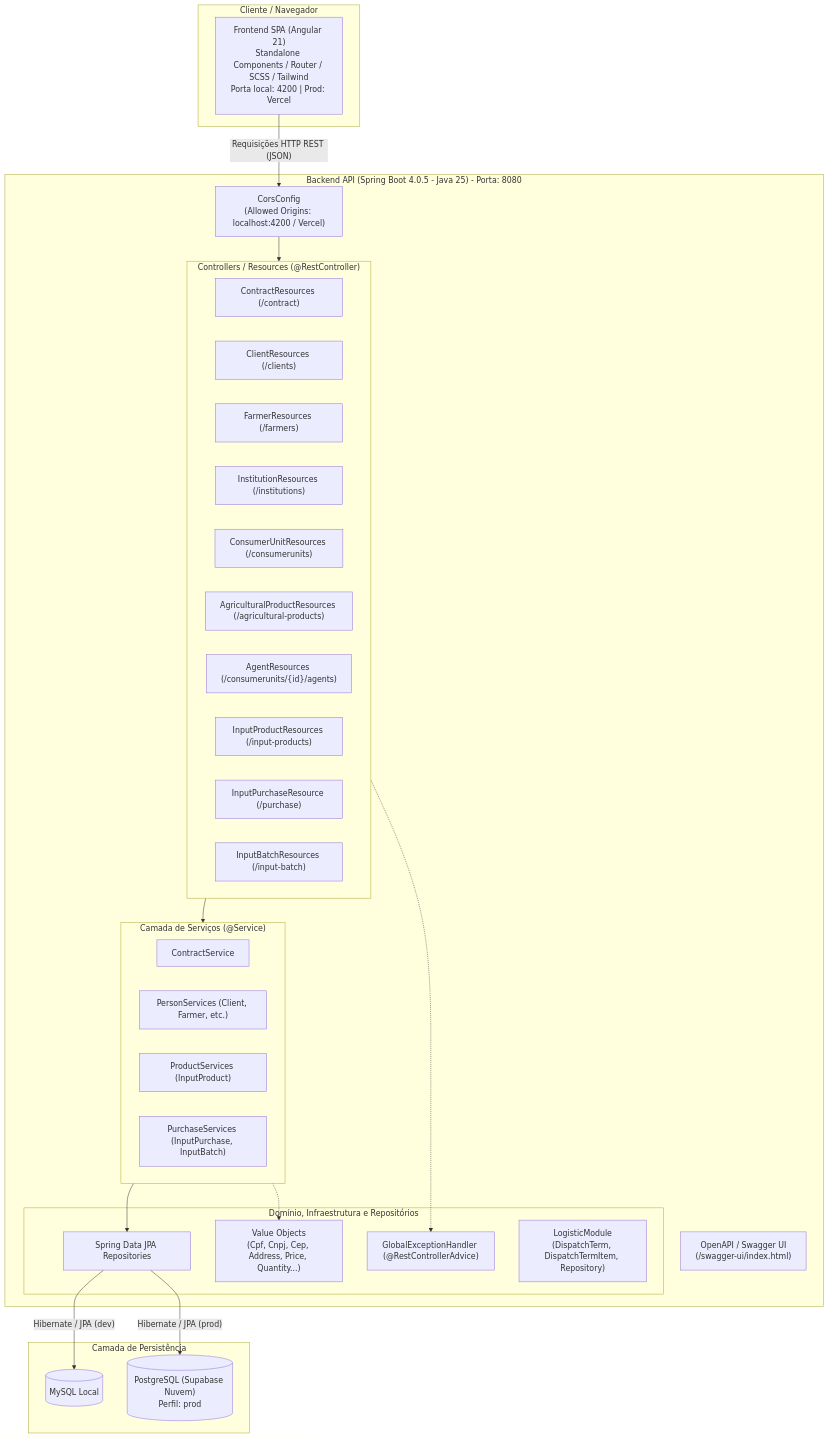
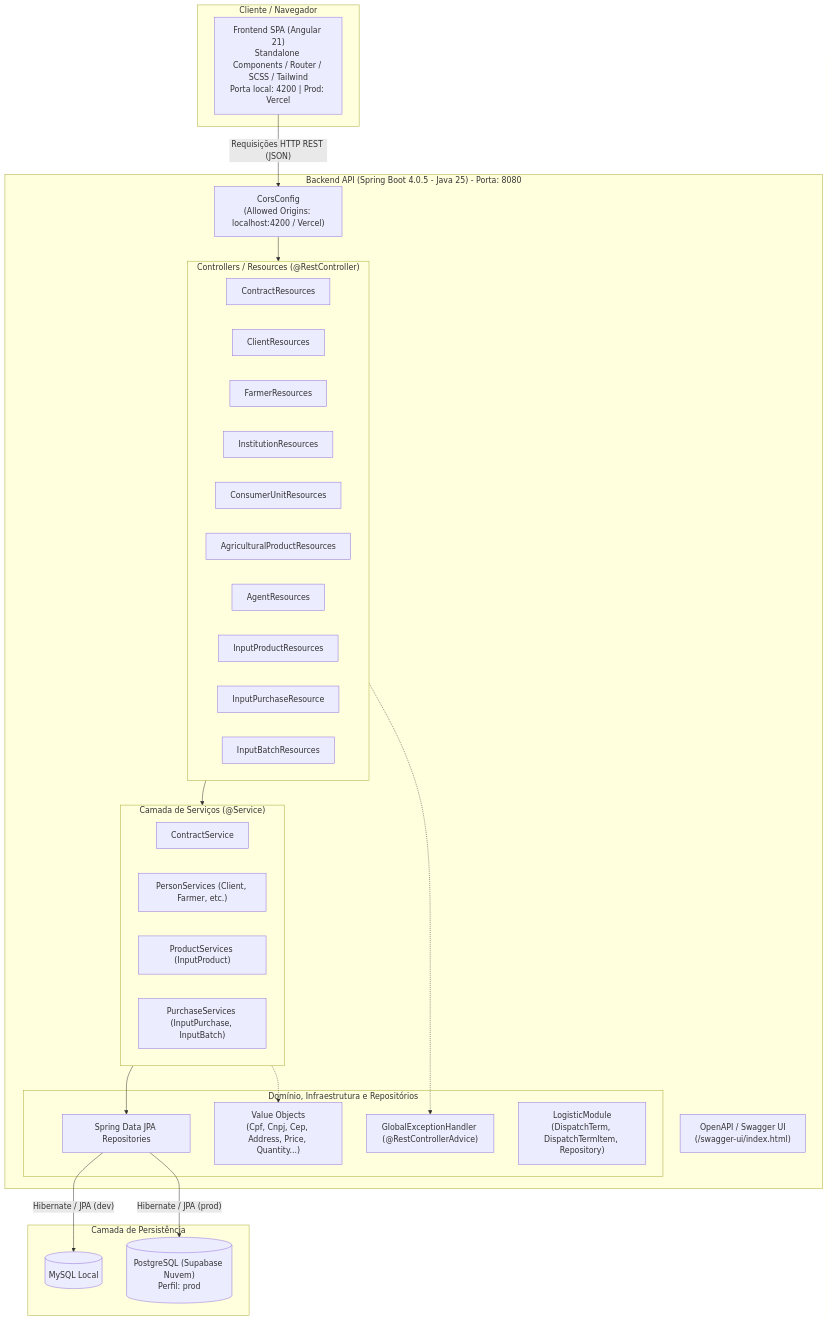
One commit to antonio-ramalho/coo-manager changed the diagram in README.md. Above: the diagram before and after it, drawn with Mermaid.

````diff
--- a/README.md
+++ b/README.md
@@ -44,52 +44,52 @@
 ```mermaid
 graph TD
     subgraph ClientLayer ["Cliente / Navegador"]
         SPA["Frontend SPA (Angular 21)<br/>Standalone Components / Router / SCSS / Tailwind<br/>Porta local: 4200 | Prod: Vercel"]
     end
 
     subgraph APILayer ["Backend API (Spring Boot 4.0.5 - Java 25) - Porta: 8080"]
         CORS["CorsConfig<br/>(Allowed Origins: localhost:4200 / Vercel)"]
         Swagger["OpenAPI / Swagger UI<br/>(/swagger-ui/index.html)"]
 
         subgraph Controllers ["Controllers / Resources (@RestController)"]
-            RC1["ContractResources (/contract)"]
-            RC2["ClientResources (/clients)"]
-            RC3["FarmerResources (/farmers)"]
-            RC4["InstitutionResources (/institutions)"]
-            RC5["ConsumerUnitResources (/consumerunits)"]
-            RC6["AgriculturalProductResources (/agricultural-products)"]
-            RC7["AgentResources (/consumerunits/{id}/agents)"]
-            RC8["InputProductResources (/input-products)"]
-            RC9["InputPurchaseResource (/purchase)"]
-            RC10["InputBatchResources (/input-batch)"]
+            RC1["ContractResources"]
+            RC2["ClientResources"]
+            RC3["FarmerResources"]
+            RC4["InstitutionResources"]
+            RC5["ConsumerUnitResources"]
+            RC6["AgriculturalProductResources"]
+            RC7["AgentResources"]
+            RC8["InputProductResources"]
+            RC9["InputPurchaseResource"]
+            RC10["InputBatchResources"]
         end
 
         subgraph ServicesLayer ["Camada de Serviços (@Service)"]
             S1["ContractService"]
             S2["PersonServices (Client, Farmer, etc.)"]
             S3["ProductServices (InputProduct)"]
             S4["PurchaseServices (InputPurchase, InputBatch)"]
         end
 
         subgraph DomainAndInfra ["Domínio, Infraestrutura e Repositórios"]
             VO["Value Objects<br/>(Cpf, Cnpj, Cep, Address, Price, Quantity...)"]
             EX["GlobalExceptionHandler (@RestControllerAdvice)"]
             REPOS["Spring Data JPA Repositories"]
             LOGIS["LogisticModule<br/>(DispatchTerm, DispatchTermItem, Repository)"]
         end
     end
 
     subgraph DataLayer ["Camada de Persistência"]
         DB_DEV[("MySQL Local")]
         DB_PROD[("PostgreSQL (Supabase Nuvem)<br/>Perfil: prod")]
     end
 
     SPA -->|"Requisições HTTP REST (JSON)"| CORS
     CORS --> Controllers
     Controllers --> ServicesLayer
     ServicesLayer --> REPOS
     REPOS -->|"Hibernate / JPA (dev)"| DB_DEV
     REPOS -->|"Hibernate / JPA (prod)"| DB_PROD
     Controllers -.-> EX
     ServicesLayer -.-> VO
 ```
````
